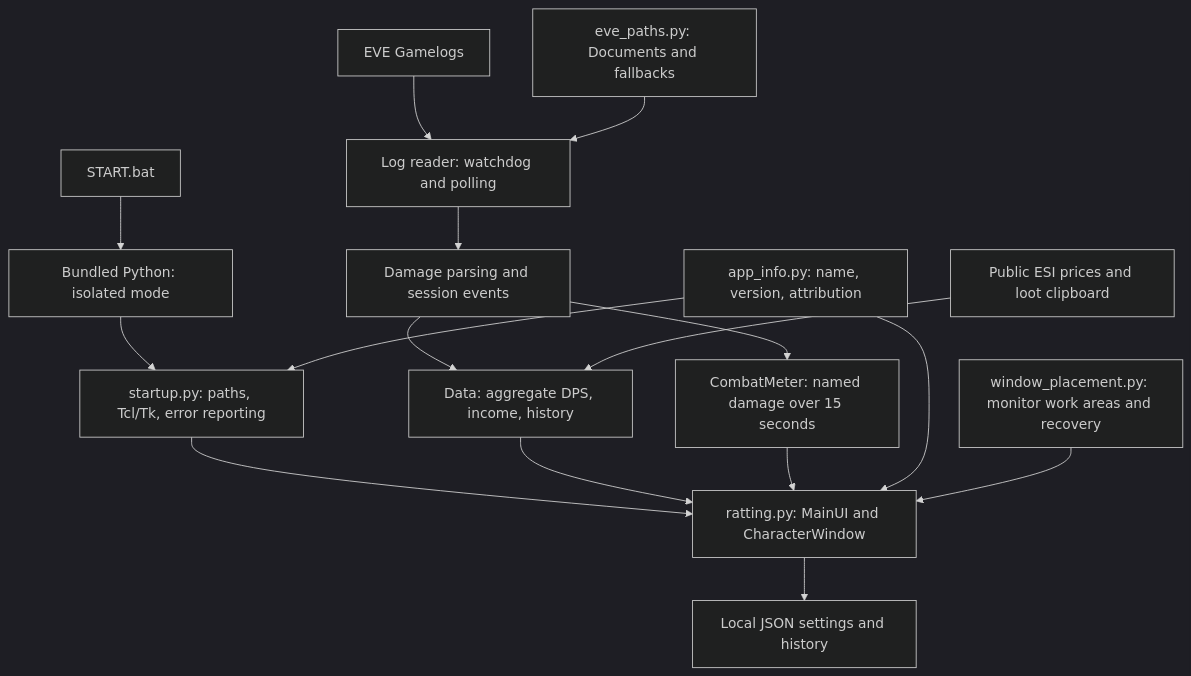
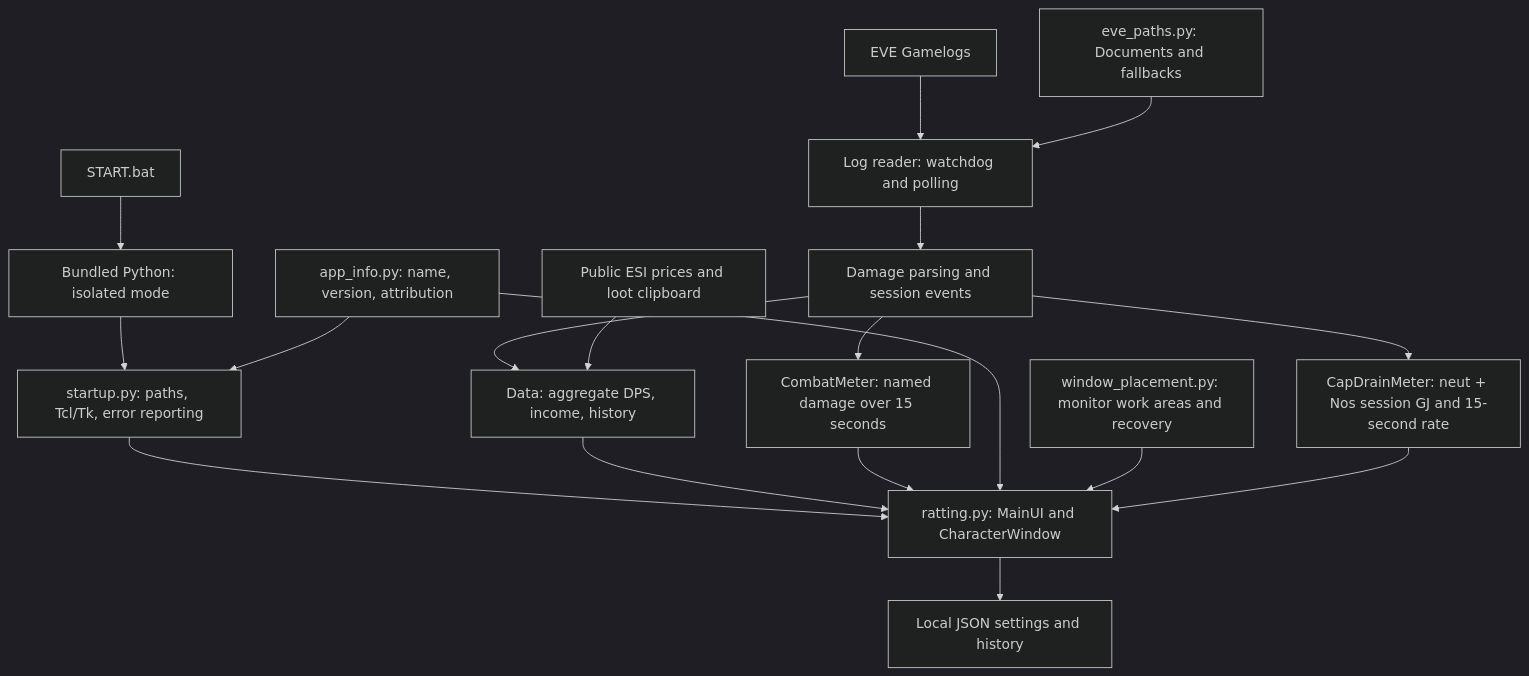
One commit to bitsbetrippin/eve-overview-evolved changed the diagram in README.md. Above: the diagram before and after it, drawn with Mermaid (dark theme). The commit also changed other lines of this file and 14 other files, not shown here.

Commit message:
v0.7.1 neut/nos update

````diff
--- a/README.md
+++ b/README.md
@@ -130,18 +169,20 @@
 ```mermaid
 flowchart TD
     A[START.bat] --> B[Bundled Python: isolated mode]
     B --> C[startup.py: paths, Tcl/Tk, error reporting]
     C --> D[ratting.py: MainUI and CharacterWindow]
     E[EVE Gamelogs] --> F[Log reader: watchdog and polling]
     F --> G[Damage parsing and session events]
     G --> H[Data: aggregate DPS, income, history]
     G --> I[CombatMeter: named damage over 15 seconds]
     H --> D
     I --> D
     J[eve_paths.py: Documents and fallbacks] --> F
     K[app_info.py: name, version, attribution] --> C
     K --> D
     L[Public ESI prices and loot clipboard] --> H
     D --> M[Local JSON settings and history]
     N[window_placement.py: monitor work areas and recovery] --> D
+    G --> O[CapDrainMeter: neut + Nos session GJ and 15-second rate]
+    O --> D
 ```
````
